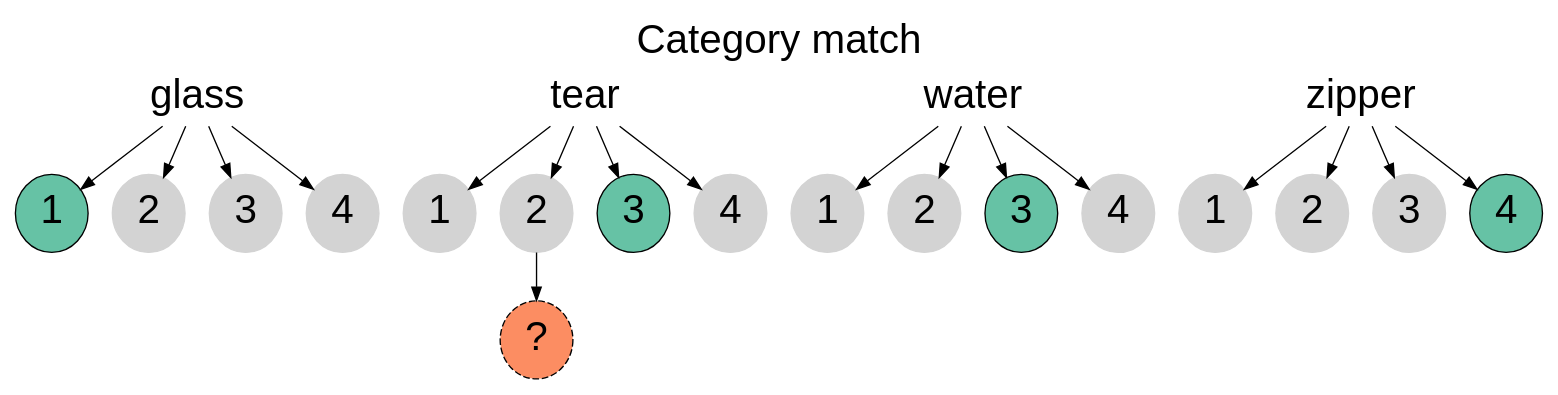
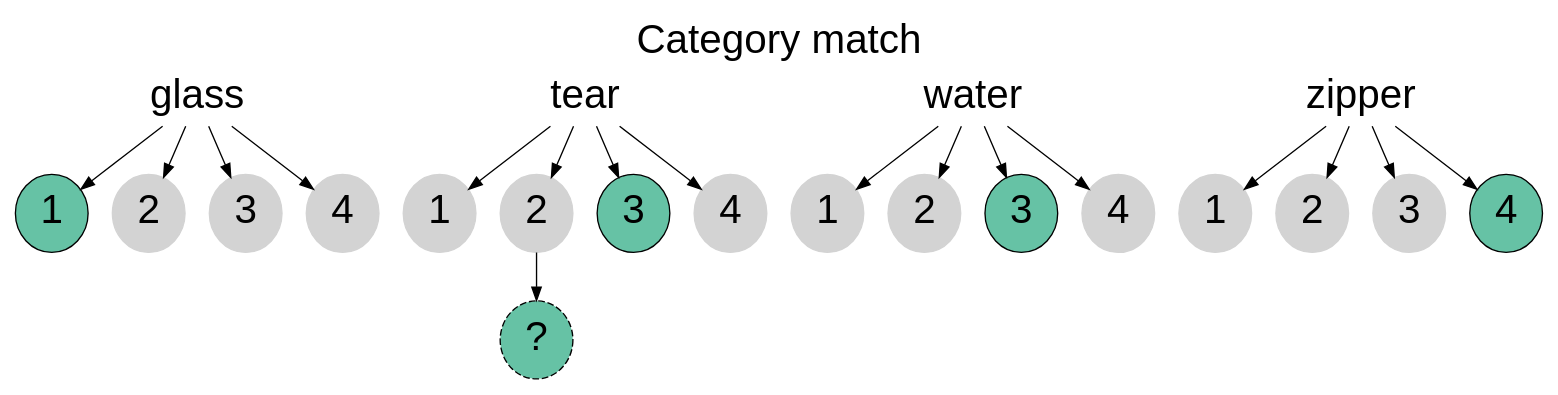
The diagram in wordsintransition/inst/extdata/category-match.gv (lupyanlab/words-in-transition), drawn with Graphviz before and after one commit. The commit also changed 2 other files, not shown here.

Commit message:
Change colors to match figure

```diff
--- a/wordsintransition/inst/extdata/category-match.gv
+++ b/wordsintransition/inst/extdata/category-match.gv
@@ -1,47 +1,47 @@
 digraph {
   labelloc="t";
   label="Category match";
 
   graph[fontname="helvetica", fontsize=30];
   node[fontname="helvetica", fontsize=30];
 
   glass[shape="none"];
   tear[shape="none"];
   water[shape="none"];
   zipper[shape="none"];
 
   glass -> {glass1, glass2, glass3, glass4};
   tear -> {tear1, tear2, tear3, tear4};
   water -> {water1, water2, water3, water4};
   zipper -> {zipper1, zipper2, zipper3, zipper4};
 
   glass1[style="filled", fillcolor="#66C2A5"];
   tear3[style="filled", fillcolor="#66C2A5"];
   water3[style="filled", fillcolor="#66C2A5"];
   zipper4[style="filled", fillcolor="#66C2A5"];
 
   glass1[label="1"];
   glass2[label="2"];
   glass3[label="3"];
   glass4[label="4"];
 
   tear1[label="1"];
   tear2[label="2"];
   tear3[label="3"];
   tear4[label="4"];
 
   water1[label="1"];
   water2[label="2"];
   water3[label="3"];
   water4[label="4"];
 
   zipper1[label="1"];
   zipper2[label="2"];
   zipper3[label="3"];
   zipper4[label="4"];
 
   glass2, glass3, glass4, tear1, tear2, tear4, water1, water2, water4, zipper1, zipper2, zipper3[style="filled", color="lightgray", fillcolor="lightgray"];
 
   tear2 -> gen1;
-  gen1[label="?", style="filled, dashed", fillcolor="#FC8D62"];
+  gen1[label="?", style="filled, dashed", fillcolor="#66C2A5"];
 }
```
